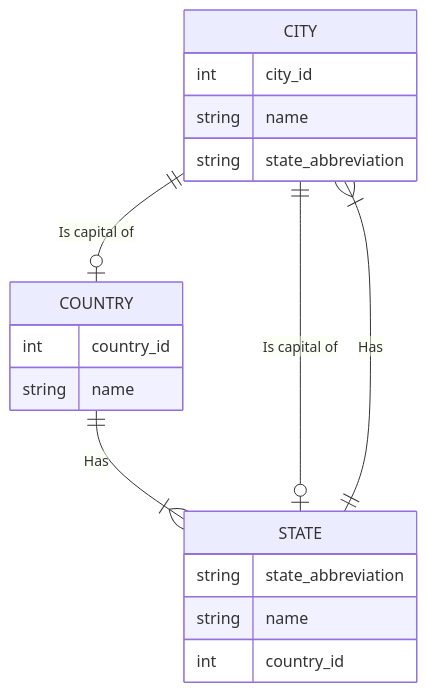
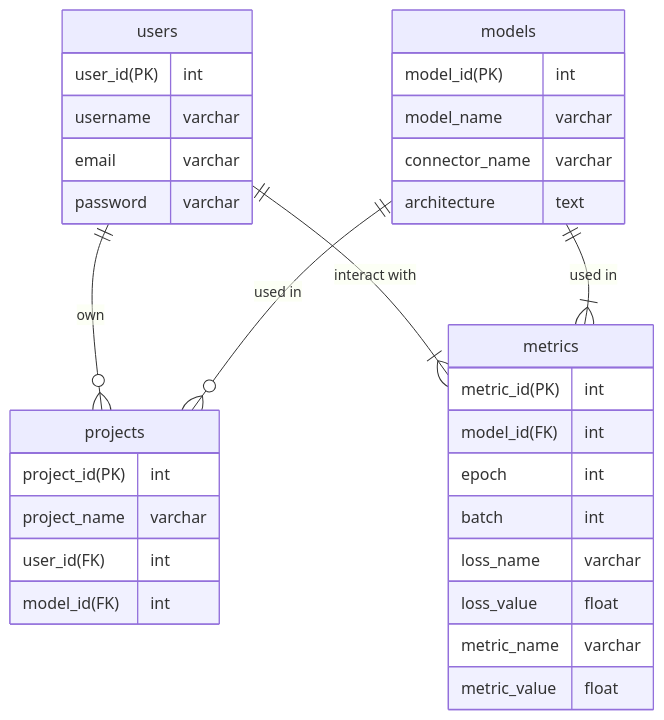
One commit to mactat/prevue changed the second of 3 diagrams in README.md. Above: the diagram before and after it, drawn with Mermaid. The commit also changed other lines of this file and 4 other files, not shown here.

Commit message:
format code and add mermaid for database

````diff
--- a/README.md
+++ b/README.md
@@ -37,21 +39,39 @@
 ```mermaid
 erDiagram
-    CITY {
-        int city_id
-        string name
-        string state_abbreviation
+    users {
+        user_id(PK) int
+        username  varchar
+        email  varchar
+        password  varchar
     }
-    STATE {
-        string state_abbreviation
-        string name
-        int country_id
+  
+    projects {
+        project_id(PK)  int
+        project_name  varchar
+        user_id(FK)  int
+        model_id(FK)  int
     }
-    COUNTRY {
-        int country_id
-        string name
+
+    models {
+        model_id(PK)  int
+        model_name varchar
+        connector_name varchar
+        architecture text
     }
-    COUNTRY ||--|{ STATE : "Has"
-    STATE ||--|{ CITY : "Has"
-    CITY ||--o| STATE : "Is capital of"
-    CITY ||--o| COUNTRY : "Is capital of"
+  
+    metrics {
+        metric_id(PK) int
+        model_id(FK) int
+        epoch int
+        batch int
+        loss_name  varchar
+        loss_value  float
+        metric_name  varchar
+        metric_value  float
+    }
+    
+    users ||--o{ projects : "own"
+    users ||--|{ metrics : "interact with"
+    models ||--o{ projects : "used in"
+    models ||--|{ metrics : "used in"
 ```
````
